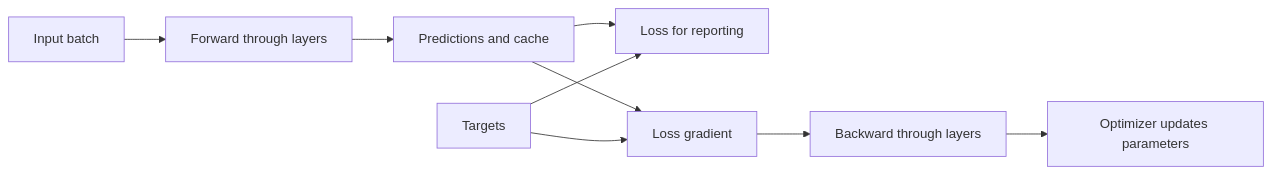
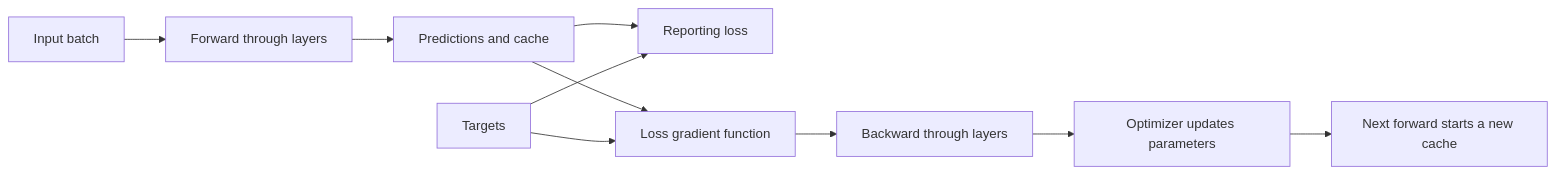
One commit to azharrudin/neurality changed the diagram in docs/architecture.md. Above: the diagram before and after it, drawn with Mermaid. The commit also changed other lines of this file and 19 other files, not shown here.

````diff
--- a/docs/architecture.md
+++ b/docs/architecture.md
@@ -13,11 +61,12 @@
 ```mermaid
 flowchart LR
     X[Input batch] --> F[Forward through layers]
     F --> P[Predictions and cache]
-    P --> L[Loss for reporting]
+    P --> L[Reporting loss]
     Y[Targets] --> L
-    P --> G[Loss gradient]
+    P --> G[Loss gradient function]
     Y --> G
     G --> B[Backward through layers]
     B --> O[Optimizer updates parameters]
+    O --> N[Next forward starts a new cache]
 ```
````
